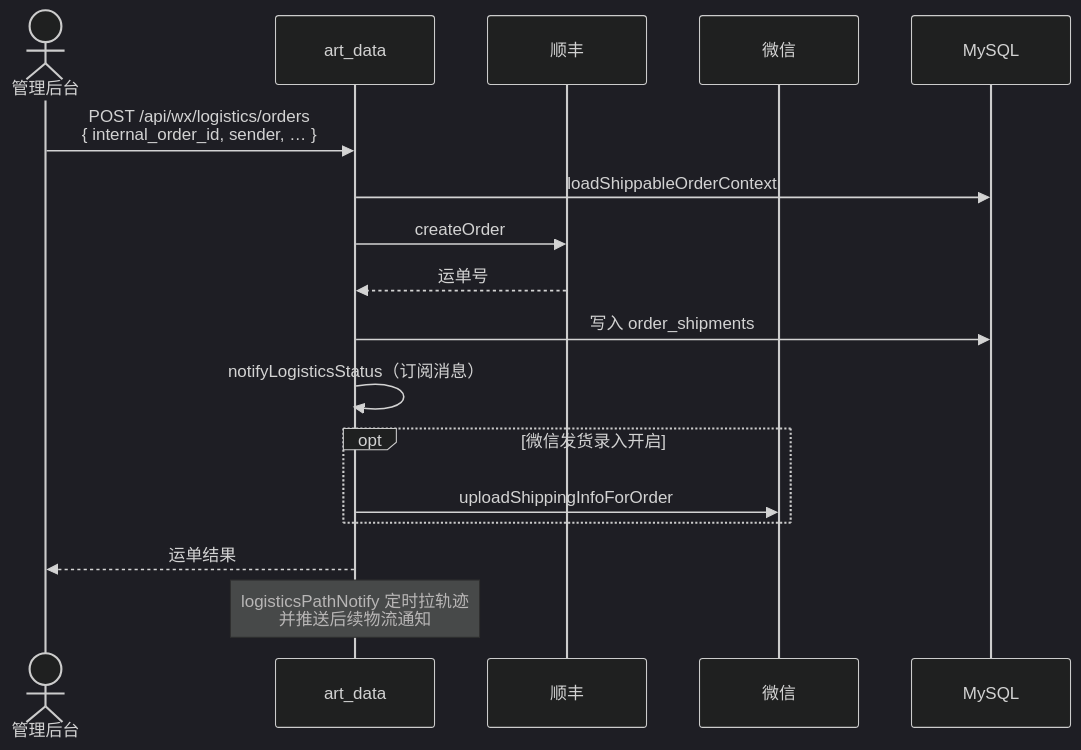
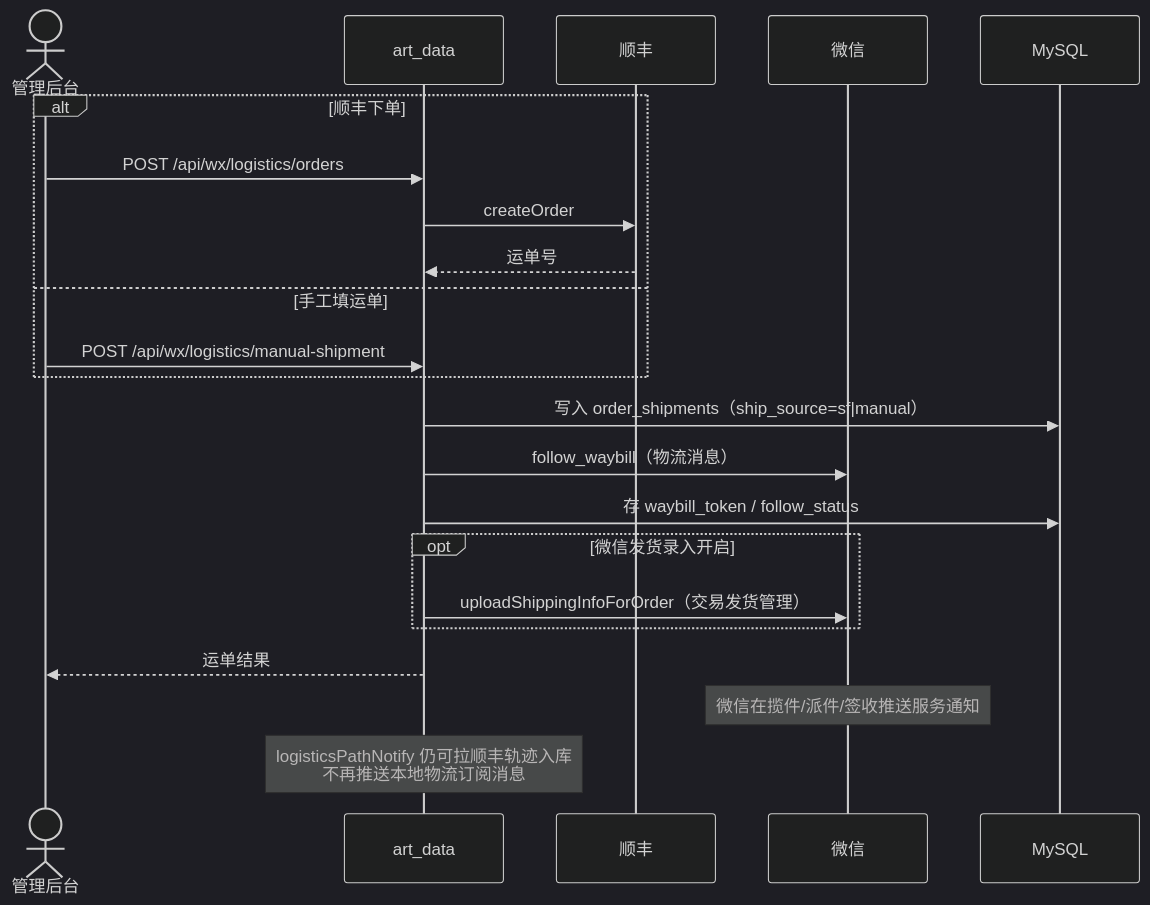
One commit to bei123/art_data changed the third of 8 diagrams in docs/SEQUENCES.md. Above: the diagram before and after it, drawn with Mermaid (dark theme). The commit also changed other lines of this file and 14 other files, not shown here.

````diff
--- a/docs/SEQUENCES.md
+++ b/docs/SEQUENCES.md
@@ -87,21 +87,26 @@
 ```mermaid
 sequenceDiagram
   actor ADM as 管理后台
   participant API as art_data
   participant SF as 顺丰
   participant WX as 微信
   participant DB as MySQL
 
-  ADM->>API: POST /api/wx/logistics/orders<br/>{ internal_order_id, sender, … }
-  API->>DB: loadShippableOrderContext
-  API->>SF: createOrder
-  SF-->>API: 运单号
-  API->>DB: 写入 order_shipments
-  API->>API: notifyLogisticsStatus（订阅消息）
+  alt 顺丰下单
+    ADM->>API: POST /api/wx/logistics/orders
+    API->>SF: createOrder
+    SF-->>API: 运单号
+  else 手工填运单
+    ADM->>API: POST /api/wx/logistics/manual-shipment
+  end
+  API->>DB: 写入 order_shipments（ship_source=sf|manual）
+  API->>WX: follow_waybill（物流消息）
+  API->>DB: 存 waybill_token / follow_status
   opt 微信发货录入开启
-    API->>WX: uploadShippingInfoForOrder
+    API->>WX: uploadShippingInfoForOrder（交易发货管理）
   end
   API-->>ADM: 运单结果
 
-  Note over API: logisticsPathNotify 定时拉轨迹<br/>并推送后续物流通知
+  Note over WX: 微信在揽件/派件/签收推送服务通知
+  Note over API: logisticsPathNotify 仍可拉顺丰轨迹入库<br/>不再推送本地物流订阅消息
 ```
````
